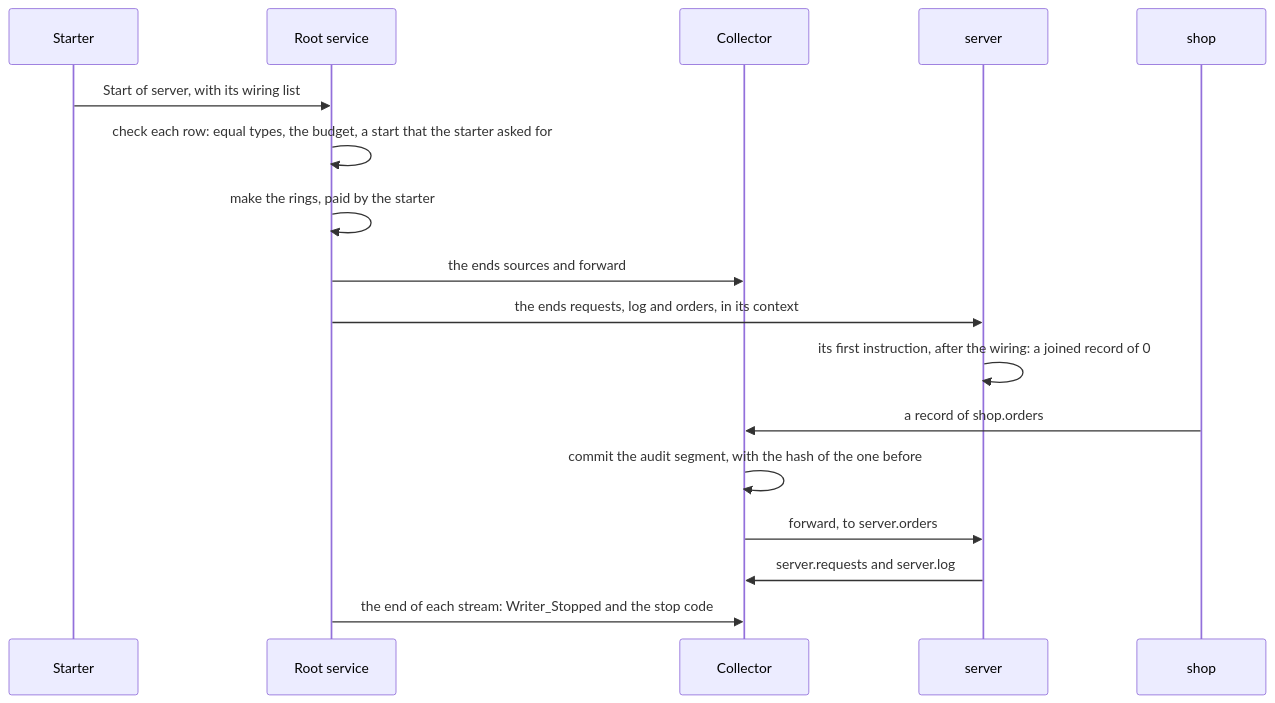
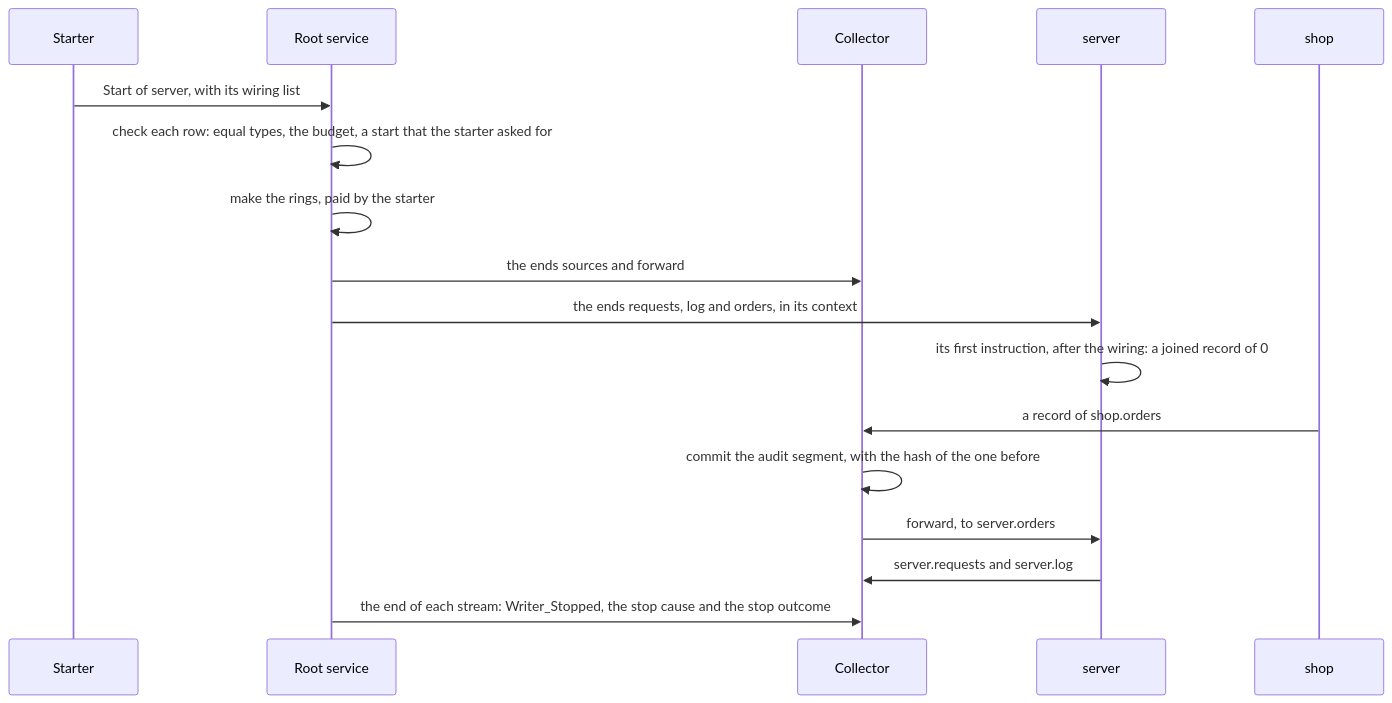
Before and after one commit to sachahjkl/modus: the second of 2 diagrams in src/md/features/module_outputs.md, drawn with Mermaid. The commit also changed other lines of this file and 6 other files, not shown here.

Commit message:
The design of the stop of a process: the cause that the kernel records, and the outcome that the process chooses

````diff
--- a/src/md/features/module_outputs.md
+++ b/src/md/features/module_outputs.md
@@ -169,19 +169,19 @@
 ```mermaid
 sequenceDiagram
     participant starter as Starter
     participant root as Root service
     participant collector as Collector
     participant server as server
     participant shop as shop
     starter->>root: Start of server, with its wiring list
     root->>root: check each row: equal types, the budget, a start that the starter asked for
     root->>root: make the rings, paid by the starter
     root->>collector: the ends sources and forward
     root->>server: the ends requests, log and orders, in its context
     server->>server: its first instruction, after the wiring: a joined record of 0
     shop->>collector: a record of shop.orders
     collector->>collector: commit the audit segment, with the hash of the one before
     collector->>server: forward, to server.orders
     server->>collector: server.requests and server.log
-    root->>collector: the end of each stream: Writer_Stopped and the stop code
+    root->>collector: the end of each stream: Writer_Stopped, the stop cause and the stop outcome
 ```
````
